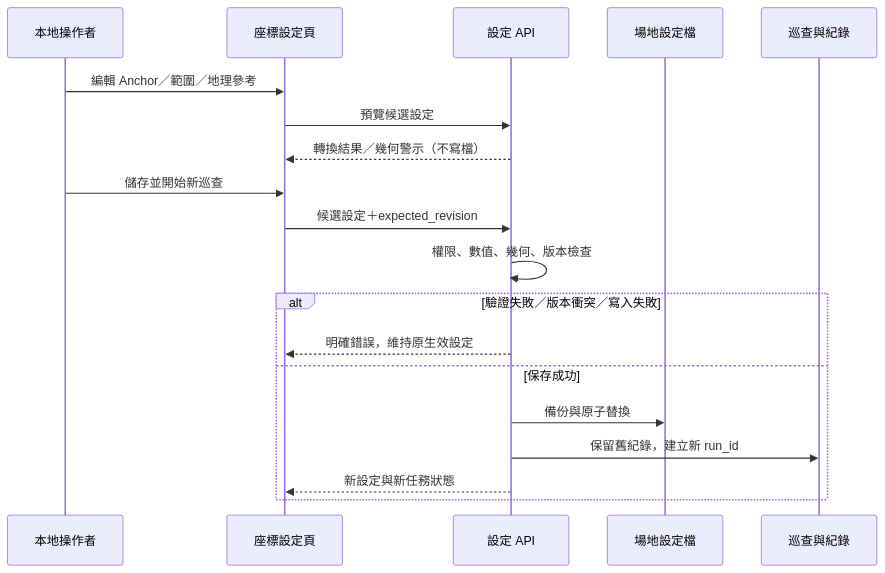
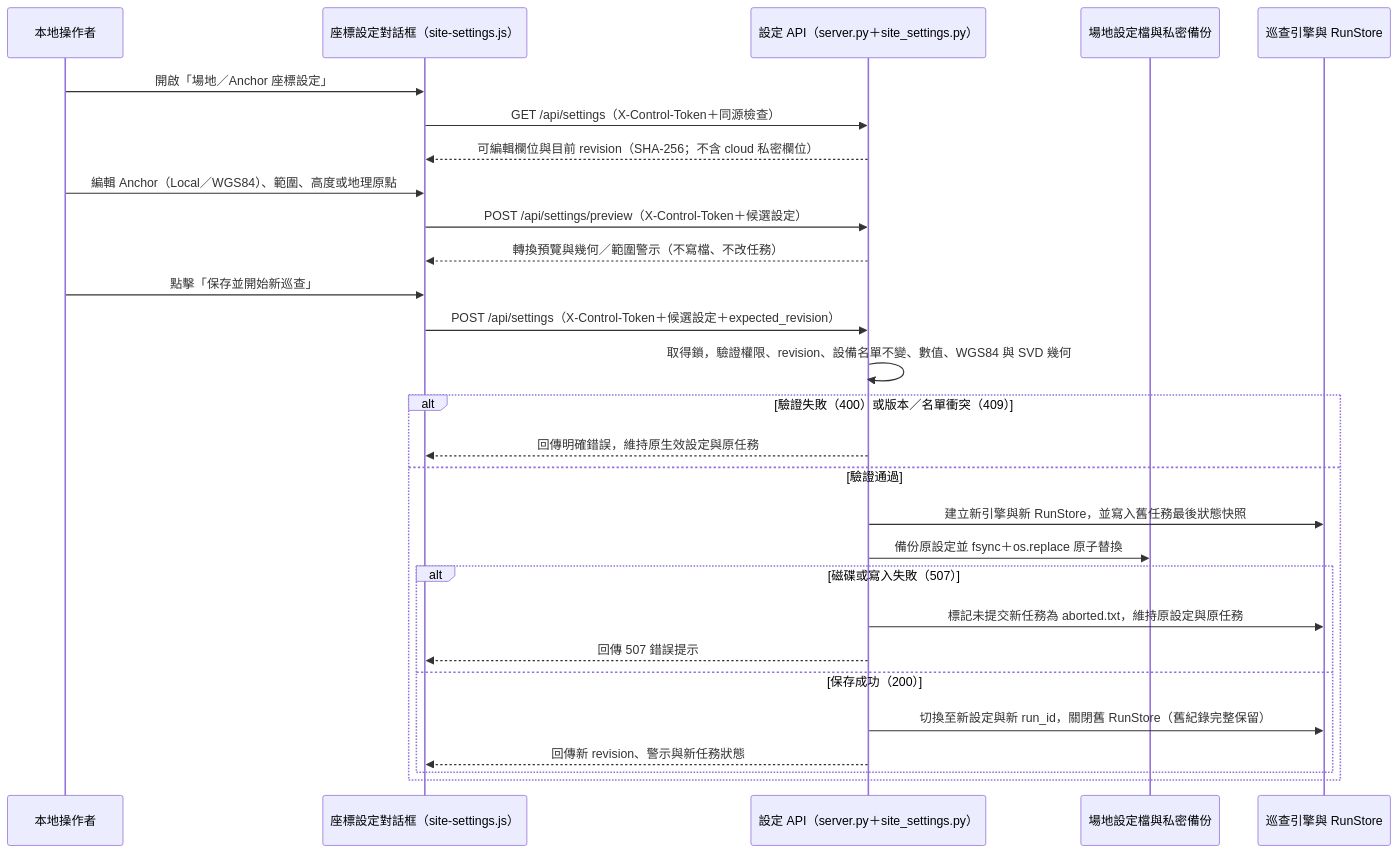
The second of 2 diagrams in docs/report/diagrams/04-sequence.md (kaiy860123/ble-mobile-inventory), drawn with Mermaid before and after one commit. The commit also changed other lines of this file and 25 other files, not shown here.

````diff
--- a/docs/report/diagrams/04-sequence.md
+++ b/docs/report/diagrams/04-sequence.md
@@ -32,21 +48,31 @@
 ```mermaid
 sequenceDiagram
   participant User as 本地操作者
-  participant UI as 座標設定頁
-  participant API as 設定 API
-  participant File as 場地設定檔
-  participant Run as 巡查與紀錄
-  User->>UI: 編輯 Anchor／範圍／地理參考
-  UI->>API: 預覽候選設定
-  API-->>UI: 轉換結果／幾何警示（不寫檔）
-  User->>UI: 儲存並開始新巡查
-  UI->>API: 候選設定＋expected_revision
-  API->>API: 權限、數值、幾何、版本檢查
-  alt 驗證失敗／版本衝突／寫入失敗
-    API-->>UI: 明確錯誤，維持原生效設定
-  else 保存成功
-    API->>File: 備份與原子替換
-    API->>Run: 保留舊紀錄，建立新 run_id
-    API-->>UI: 新設定與新任務狀態
+  participant UI as 座標設定對話框（site-settings.js）
+  participant API as 設定 API（server.py＋site_settings.py）
+  participant File as 場地設定檔與私密備份
+  participant Run as 巡查引擎與 RunStore
+
+  User->>UI: 開啟「場地／Anchor 座標設定」
+  UI->>API: GET /api/settings（X-Control-Token＋同源檢查）
+  API-->>UI: 可編輯欄位與目前 revision（SHA-256；不含 cloud 私密欄位）
+  User->>UI: 編輯 Anchor（Local／WGS84）、範圍、高度或地理原點
+  UI->>API: POST /api/settings/preview（X-Control-Token＋候選設定）
+  API-->>UI: 轉換預覽與幾何／範圍警示（不寫檔、不改任務）
+  User->>UI: 點擊「保存並開始新巡查」
+  UI->>API: POST /api/settings（X-Control-Token＋候選設定＋expected_revision）
+  API->>API: 取得鎖，驗證權限、revision、設備名單不變、數值、WGS84 與 SVD 幾何
+  alt 驗證失敗（400）或版本／名單衝突（409）
+    API-->>UI: 回傳明確錯誤，維持原生效設定與原任務
+  else 驗證通過
+    API->>Run: 建立新引擎與新 RunStore，並寫入舊任務最後狀態快照
+    API->>File: 備份原設定並 fsync＋os.replace 原子替換
+    alt 磁碟或寫入失敗（507）
+      API->>Run: 標記未提交新任務為 aborted.txt，維持原設定與原任務
+      API-->>UI: 回傳 507 錯誤提示
+    else 保存成功（200）
+      API->>Run: 切換至新設定與新 run_id，關閉舊 RunStore（舊紀錄完整保留）
+      API-->>UI: 回傳新 revision、警示與新任務狀態
+    end
   end
 ```
````
